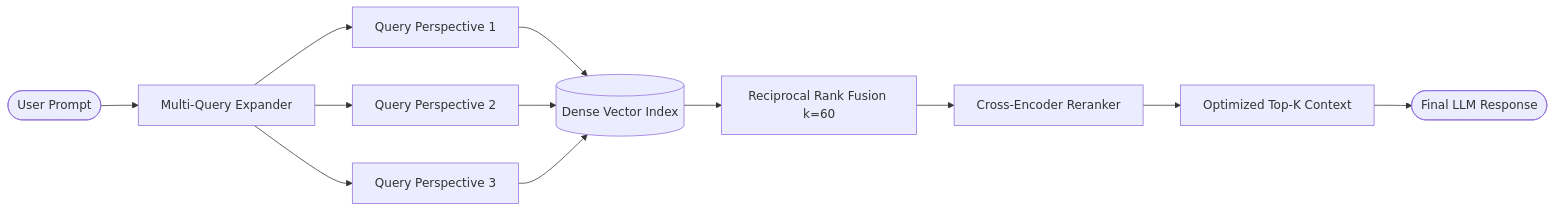
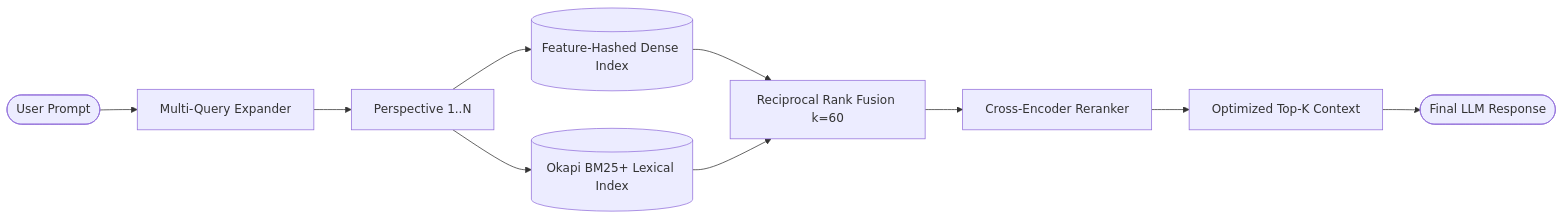
The diagram in README.md (txltedxgod/rag-fusion-engine), drawn with Mermaid before and after one commit. The commit also changed other lines of this file and 18 other files, not shown here.

````diff
--- a/README.md
+++ b/README.md
@@ -13,16 +12,12 @@
 ```mermaid
 flowchart LR
     User([User Prompt]) --> Expander[Multi-Query Expander]
-    Expander --> Q1[Query Perspective 1]
-    Expander --> Q2[Query Perspective 2]
-    Expander --> Q3[Query Perspective 3]
-    
-    Q1 --> VectorDB[(Dense Vector Index)]
-    Q2 --> VectorDB
-    Q3 --> VectorDB
-    
-    VectorDB --> RRF[Reciprocal Rank Fusion k=60]
+    Expander --> Q1[Perspective 1..N]
+    Q1 --> Dense[(Feature-Hashed Dense Index)]
+    Q1 --> BM25[(Okapi BM25+ Lexical Index)]
+    Dense --> RRF[Reciprocal Rank Fusion k=60]
+    BM25 --> RRF
     RRF --> CrossEncoder[Cross-Encoder Reranker]
     CrossEncoder --> Context[Optimized Top-K Context]
     Context --> LLM([Final LLM Response])
 ```
````
